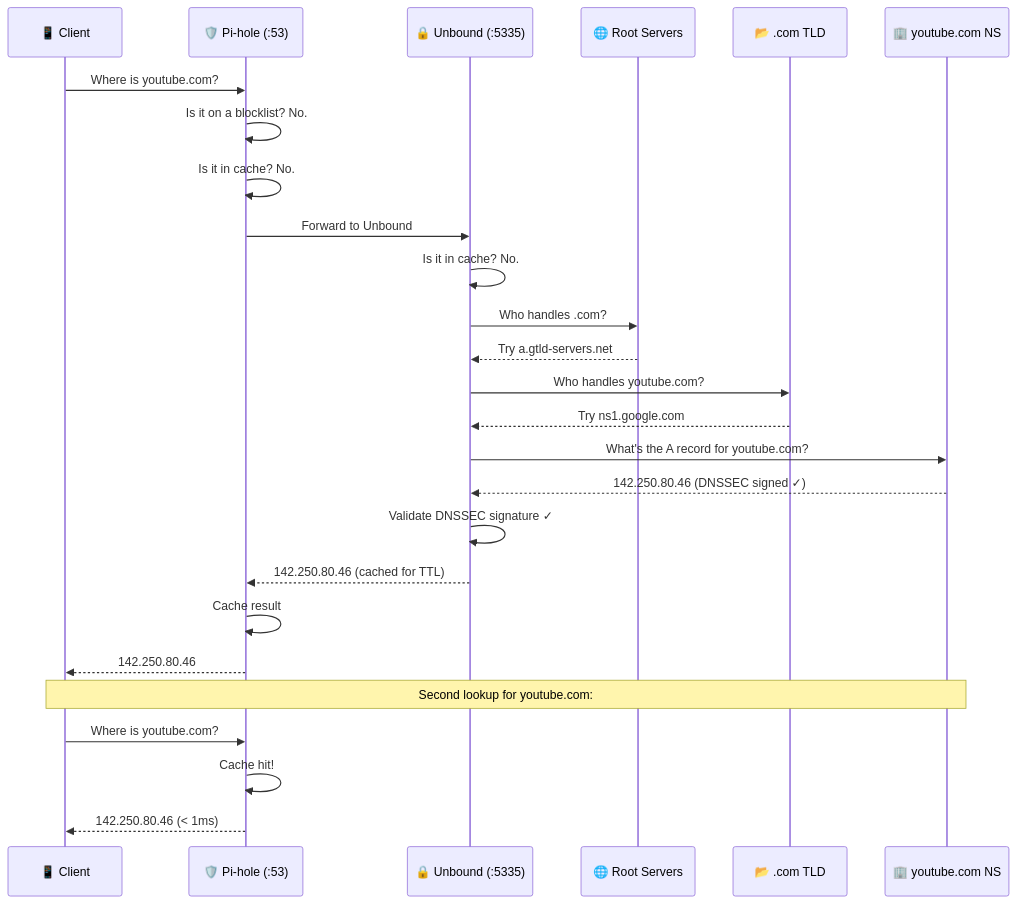
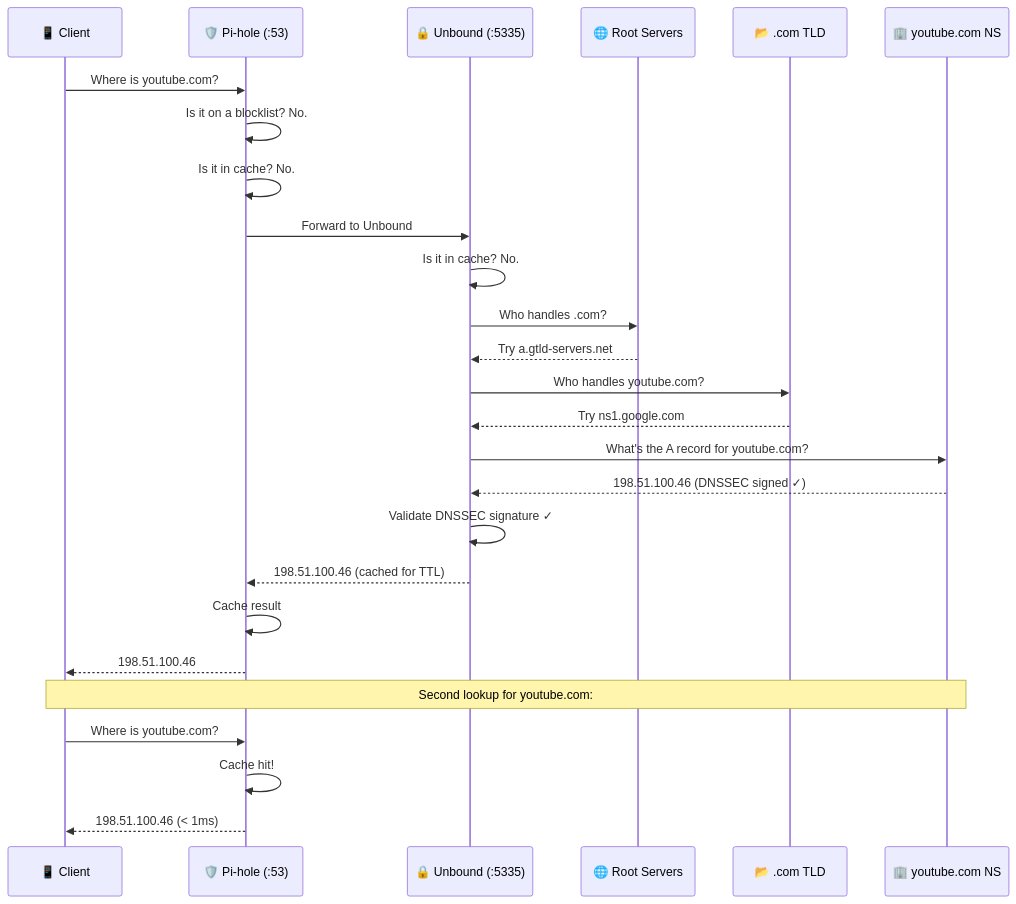
The fifth of 7 diagrams in README.md (ParkWardRR/zelira), drawn with Mermaid before and after one commit. The commit also changed other lines of this file, not shown here.

Commit message:
Replace hardcoded Google IP with RFC 5737 documentation IP
142.250.80.46 (a real Google IP) was used as an example response in
the Mermaid diagrams. Replaced with 198.51.100.46 from the TEST-NET-2
range (RFC 5737), which is reserved for documentation and will never
go stale or be mistaken for a live address.

````diff
--- a/README.md
+++ b/README.md
@@ -348,30 +348,30 @@
 ```mermaid
 sequenceDiagram
     participant C as 📱 Client
     participant PH as 🛡️ Pi-hole (:53)
     participant UB as 🔒 Unbound (:5335)
     participant ROOT as 🌐 Root Servers
     participant TLD as 📂 .com TLD
     participant AUTH as 🏢 youtube.com NS
 
     C->>PH: Where is youtube.com?
     PH->>PH: Is it on a blocklist? No.
     PH->>PH: Is it in cache? No.
     PH->>UB: Forward to Unbound
     UB->>UB: Is it in cache? No.
     UB->>ROOT: Who handles .com?
     ROOT-->>UB: Try a.gtld-servers.net
     UB->>TLD: Who handles youtube.com?
     TLD-->>UB: Try ns1.google.com
     UB->>AUTH: What's the A record for youtube.com?
-    AUTH-->>UB: 142.250.80.46 (DNSSEC signed ✓)
+    AUTH-->>UB: 198.51.100.46 (DNSSEC signed ✓)
     UB->>UB: Validate DNSSEC signature ✓
-    UB-->>PH: 142.250.80.46 (cached for TTL)
+    UB-->>PH: 198.51.100.46 (cached for TTL)
     PH->>PH: Cache result
-    PH-->>C: 142.250.80.46
+    PH-->>C: 198.51.100.46
 
     Note over C,AUTH: Second lookup for youtube.com:
     C->>PH: Where is youtube.com?
     PH->>PH: Cache hit!
-    PH-->>C: 142.250.80.46 (< 1ms)
+    PH-->>C: 198.51.100.46 (< 1ms)
 ```
````
